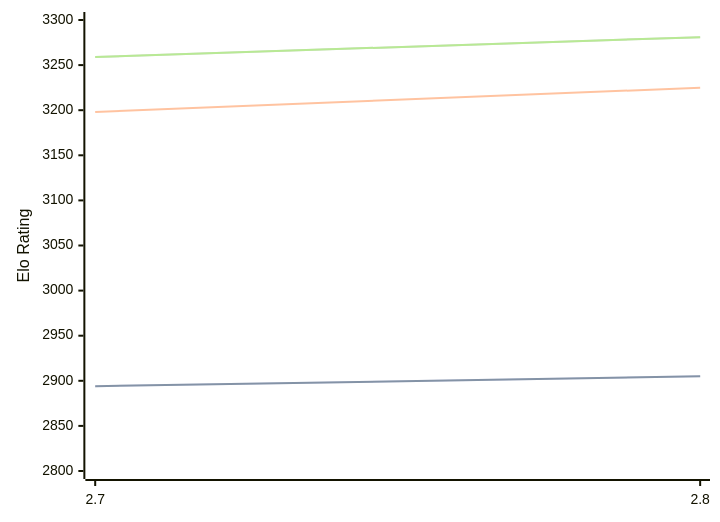
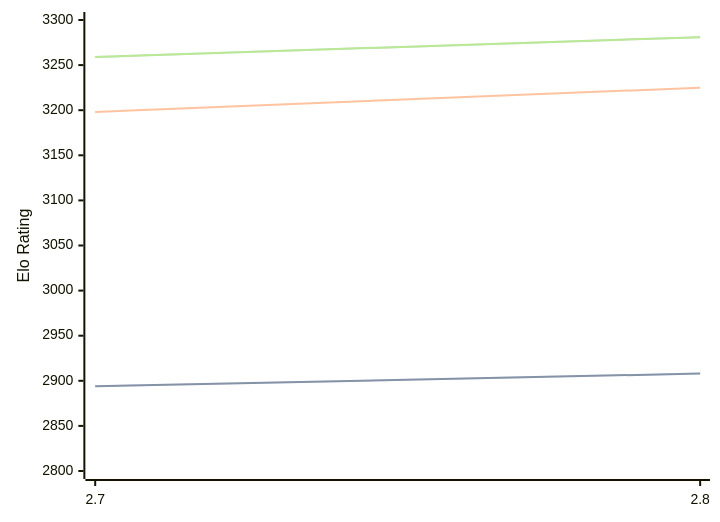
The diagram in engines/Arcanum.md (computer-chess-index/cci), drawn with Mermaid before and after one commit. The commit also changed other lines of this file, not shown here.

````diff
--- a/engines/Arcanum.md
+++ b/engines/Arcanum.md
@@ -32,11 +32,11 @@
 ```mermaid
 %%{init: {"theme":"base","themeVariables":{"seriesColors:['#a3a3a3','#222221','#faa371']}}}%%
 xychart-beta
   x-axis ["2.7", "2.8"]
   y-axis "Elo Rating" 2800 --> 3300
-  line "STC (8.0+0.08s)" [2894, 2905]
-  line "STC (8.0+0.08s)" [2894, 2905]
+  line "STC (8.0+0.08s)" [2894, 2908]
+  line "STC (8.0+0.08s)" [2894, 2908]
   line "LTC (60.0+0.60s)" [3198, 3225]
   line "VLTC (2m24s+1.12s)" [3259, 3281]
   line "VLTC (2m24s+1.12s)" [3259, 3281]
 ```
````
